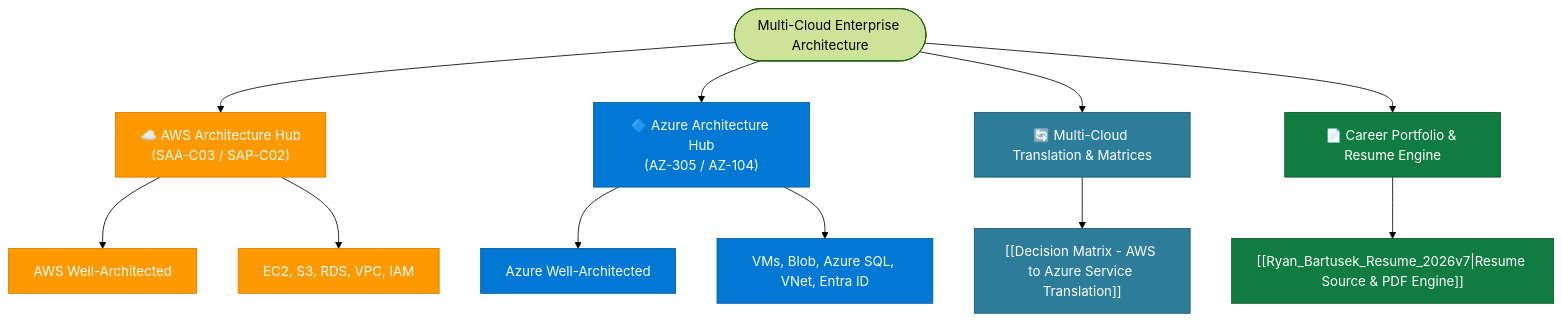
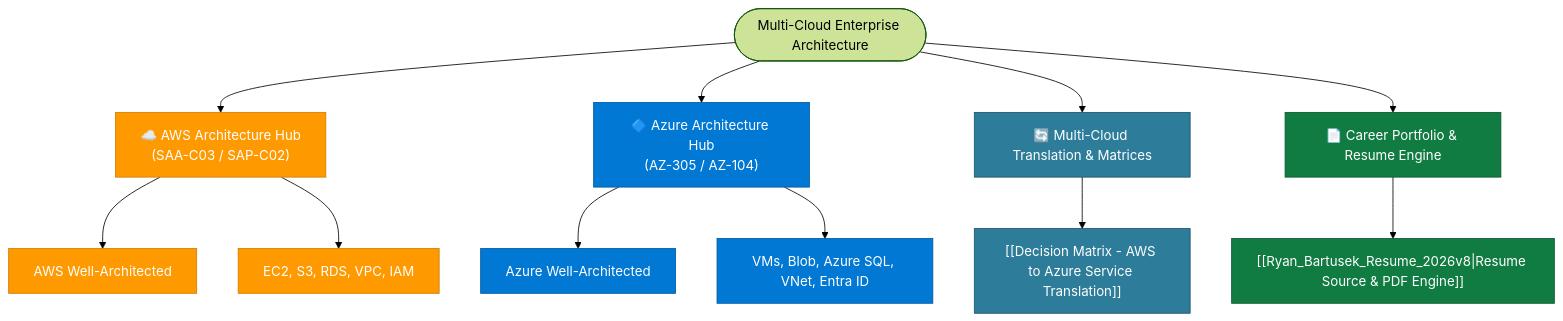
The diagram in 00 - Home.md (bar2sek/professional-technology), drawn with Mermaid (forest theme) before and after one commit. The commit also changed other lines of this file and 2 other files, not shown here.

Commit message:
feat: update resume version to 2026v8 and add active roadmap section

````diff
--- a/00 - Home.md
+++ b/00 - Home.md
@@ -21,27 +21,27 @@
 ```mermaid
 graph TD
     Root([Multi-Cloud Enterprise Architecture])
     
     Root --> AWS_Hub["☁️ AWS Architecture Hub<br/>(SAA-C03 / SAP-C02)"]
     Root --> AZ_Hub["🔷 Azure Architecture Hub<br/>(AZ-305 / AZ-104)"]
     Root --> Cross["🔄 Multi-Cloud Translation & Matrices"]
     Root --> Portfolio["📄 Career Portfolio & Resume Engine"]
 
     AWS_Hub --> AWS_WAF[AWS Well-Architected]
     AWS_Hub --> AWS_Infra[EC2, S3, RDS, VPC, IAM]
     
     AZ_Hub --> AZ_WAF[Azure Well-Architected]
     AZ_Hub --> AZ_Infra[VMs, Blob, Azure SQL, VNet, Entra ID]
 
     Cross --> Rosetta["[[Decision Matrix - AWS to Azure Service Translation]]"]
-    Portfolio --> Resume["[[Ryan_Bartusek_Resume_2026v7|Resume Source & PDF Engine]]"]
+    Portfolio --> Resume["[[Ryan_Bartusek_Resume_2026v8|Resume Source & PDF Engine]]"]
 
     classDef aws fill:#FF9900,stroke:#D37D00,color:#fff;
     classDef azure fill:#0078D4,stroke:#005A9E,color:#fff;
     classDef cross fill:#2D7D9A,stroke:#1A536B,color:#fff;
     classDef port fill:#107C41,stroke:#0B582E,color:#fff;
     class AWS_Hub,AWS_WAF,AWS_Infra aws;
     class AZ_Hub,AZ_WAF,AZ_Infra azure;
     class Cross,Rosetta cross;
     class Portfolio,Resume port;
 ```
````
